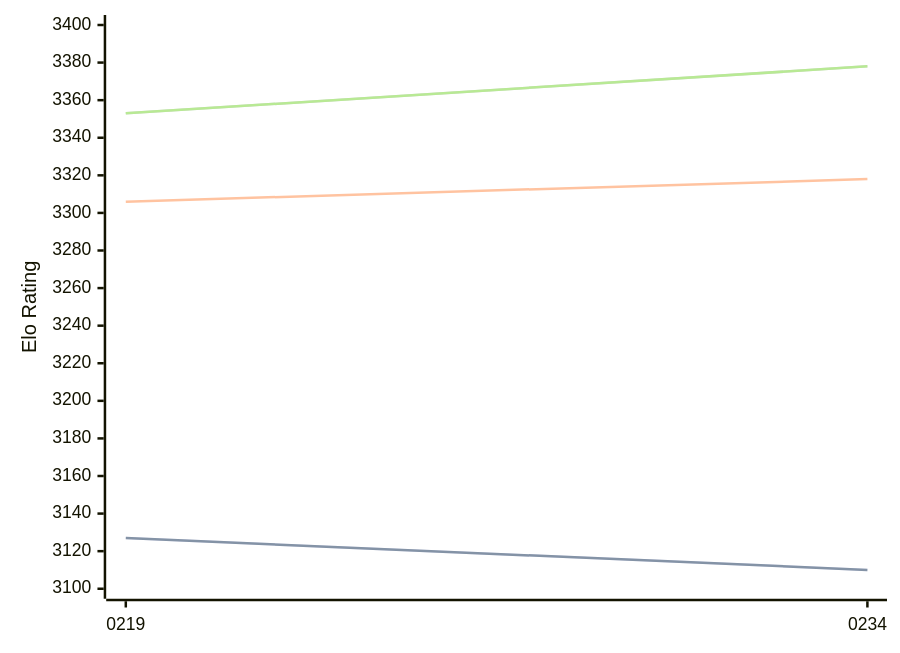
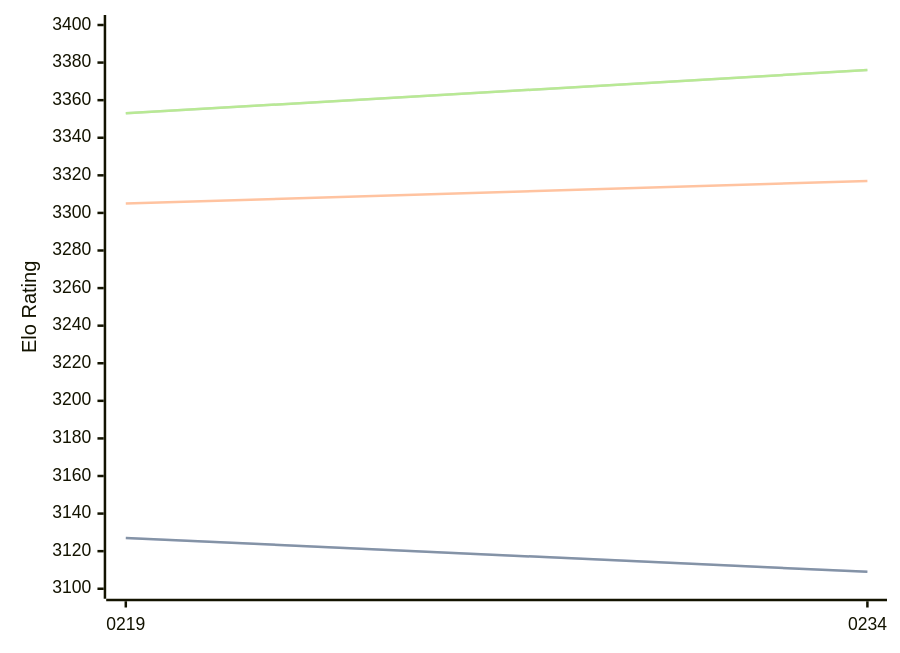
The third of 3 diagrams in engines/Ynode.md (computer-chess-index/cci), drawn with Mermaid before and after one commit. The commit also changed other lines of this file, not shown here.

Commit message:
Update CCI Ratings (ELO VLTC) - 2026-06-19

````diff
--- a/engines/Ynode.md
+++ b/engines/Ynode.md
@@ -72,11 +72,11 @@
 ```mermaid
 %%{init: {"theme":"base","themeVariables":{"seriesColors:['#a3a3a3','#222221','#faa371']}}}%%
 xychart-beta
   x-axis ["0219", "0234"]
   y-axis "Elo Rating" 3100 --> 3400
-  line "STC (8.0+0.08s)" [3127, 3110]
-  line "STC (8.0+0.08s)" [3127, 3110]
-  line "LTC (60.0+0.60s)" [3306, 3318]
-  line "VLTC (2m24s+1.12s)" [3353, 3378]
-  line "VLTC (2m24s+1.12s)" [3353, 3378]
+  line "STC (8.0+0.08s)" [3127, 3109]
+  line "STC (8.0+0.08s)" [3127, 3109]
+  line "LTC (60.0+0.60s)" [3305, 3317]
+  line "VLTC (2m24s+1.12s)" [3353, 3376]
+  line "VLTC (2m24s+1.12s)" [3353, 3376]
 ```
````
